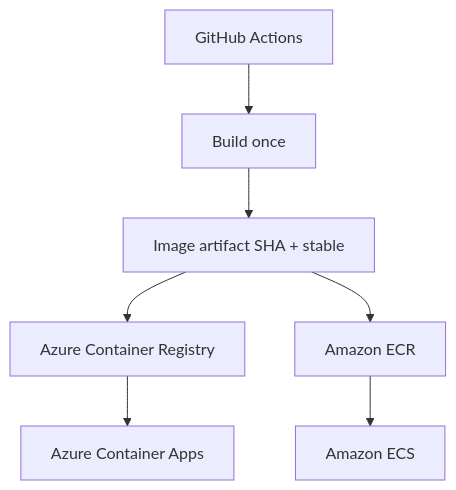
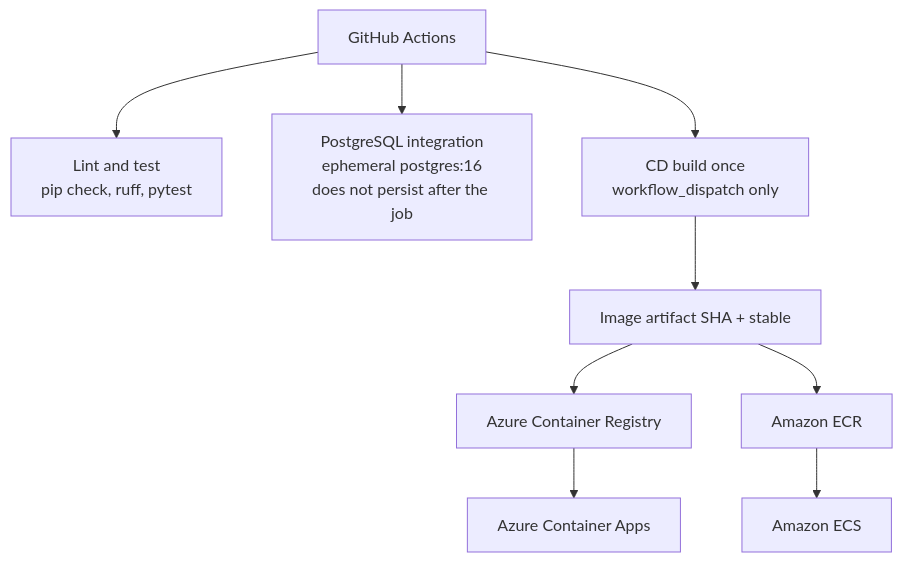
One commit to Susanta2025-lab/enterprise-communication-intelligence changed the diagram in docs/diagrams/cicd.mmd. Above: the diagram before and after it, drawn with Mermaid. The commit also changed 34 other files, not shown here.

Commit message:
docs: complete phase 9 persistence architecture

```diff
--- a/docs/diagrams/cicd.mmd
+++ b/docs/diagrams/cicd.mmd
@@ -1,15 +1,19 @@
 flowchart TD
     GitHub["GitHub Actions"]
-    Build["Build once"]
+    Quality["Lint and test<br/>pip check, ruff, pytest"]
+    Postgres["PostgreSQL integration<br/>ephemeral postgres:16<br/>does not persist after the job"]
+    Build["CD build once<br/>workflow_dispatch only"]
     Artifact["Image artifact SHA + stable"]
     ACR["Azure Container Registry"]
     ACA["Azure Container Apps"]
     ECR["Amazon ECR"]
     ECS["Amazon ECS"]
 
+    GitHub --> Quality
+    GitHub --> Postgres
     GitHub --> Build
     Build --> Artifact
     Artifact --> ACR
     ACR --> ACA
     Artifact --> ECR
     ECR --> ECS
```
